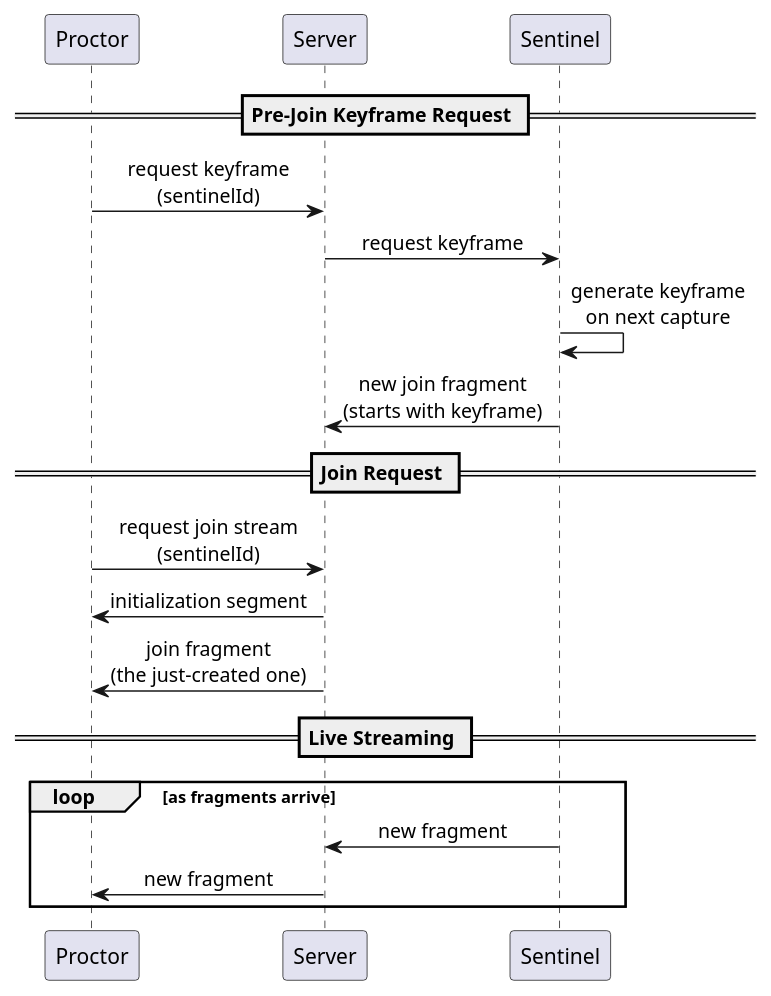
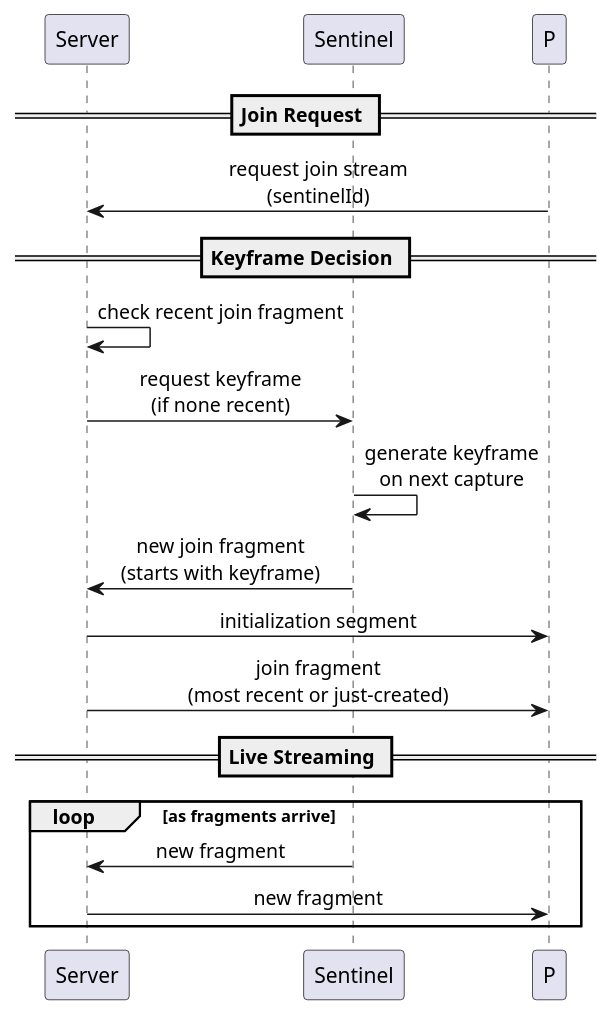
The second of 2 diagrams in hugo/content/docs/reference/media-spec/join-flow.md (2526-4ahitm-itp/2526-4ahitm-franklyn), drawn with PlantUML before and after one commit. The commit also changed other lines of this file and 4 other files, not shown here.

First line of the commit message:
docs(media-spec): refactor proctor join-flow

````diff
--- a/hugo/content/docs/reference/media-spec/join-flow.md
+++ b/hugo/content/docs/reference/media-spec/join-flow.md
@@ -130,33 +131,32 @@
 ```plantuml
 @startuml
 skinparam sequenceMessageAlign center
 
-participant "Proctor" as P
 participant "Server" as Srv
 participant "Sentinel" as S
 
-== Pre-Join Keyframe Request ==
+== Join Request ==
 
-P -> Srv : request keyframe\n(sentinelId)
-Srv -> S : request keyframe
+P -> Srv : request join stream\n(sentinelId)
+
+== Keyframe Decision ==
+
+Srv -> Srv : check recent join fragment
+Srv -> S : request keyframe\n(if none recent)
 
 S -> S : generate keyframe\non next capture
 
 S -> Srv : new join fragment\n(starts with keyframe)
 
-== Join Request ==
-
-P -> Srv : request join stream\n(sentinelId)
-
 Srv -> P : initialization segment
-Srv -> P : join fragment\n(the just-created one)
+Srv -> P : join fragment\n(most recent or just-created)
 
 == Live Streaming ==
 
 loop as fragments arrive
   S -> Srv : new fragment
   Srv -> P : new fragment
 end
 
 @enduml
 ```
````
